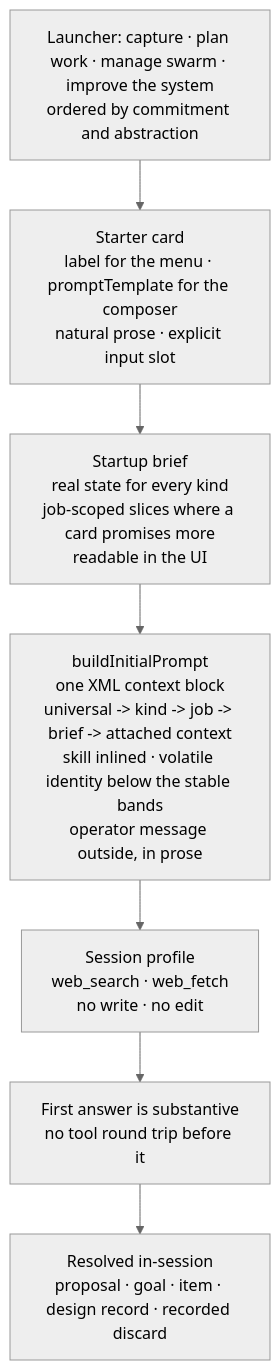
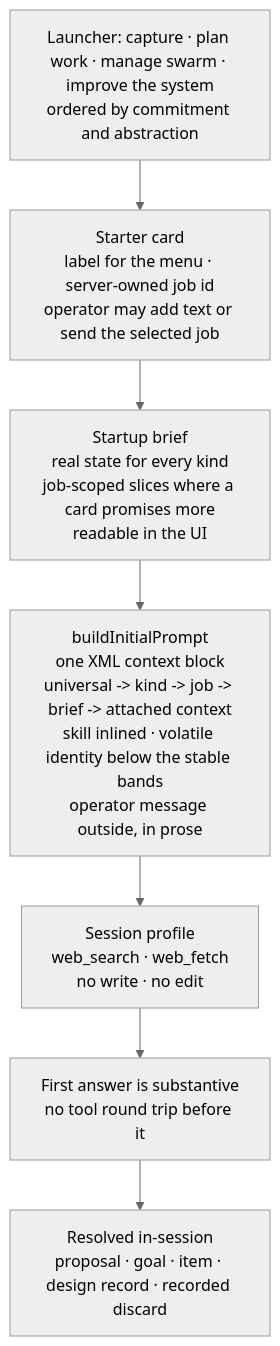
Before and after one commit to Vrooli/Vrooli: the second of 2 diagrams in scenarios/swarm-manager/docs/internal/SESSION-ARCHITECTURE-DESIGN-RECORD.md, drawn with Mermaid (neutral theme). The commit also changed other lines of this file and 132 other files, not shown here.

````diff
--- a/scenarios/swarm-manager/docs/internal/SESSION-ARCHITECTURE-DESIGN-RECORD.md
+++ b/scenarios/swarm-manager/docs/internal/SESSION-ARCHITECTURE-DESIGN-RECORD.md
@@ -227,12 +227,12 @@
 ```mermaid
 flowchart TD
     A["Launcher: capture · plan work · manage swarm · improve the system<br/>ordered by commitment and abstraction"]
-    B["Starter card<br/>label for the menu · promptTemplate for the composer<br/>natural prose · explicit input slot"]
+    B["Starter card<br/>label for the menu · server-owned job id<br/>operator may add text or send the selected job"]
     C["Startup brief<br/>real state for every kind<br/>job-scoped slices where a card promises more<br/>readable in the UI"]
     D["buildInitialPrompt<br/>one XML context block<br/>universal -> kind -> job -> brief -> attached context<br/>skill inlined · volatile identity below the stable bands<br/>operator message outside, in prose"]
     E["Session profile<br/>web_search · web_fetch<br/>no write · no edit"]
     F["First answer is substantive<br/>no tool round trip before it"]
     G["Resolved in-session<br/>proposal · goal · item · design record · recorded discard"]
 
     A --> B --> C --> D --> E --> F --> G
 ```
````
